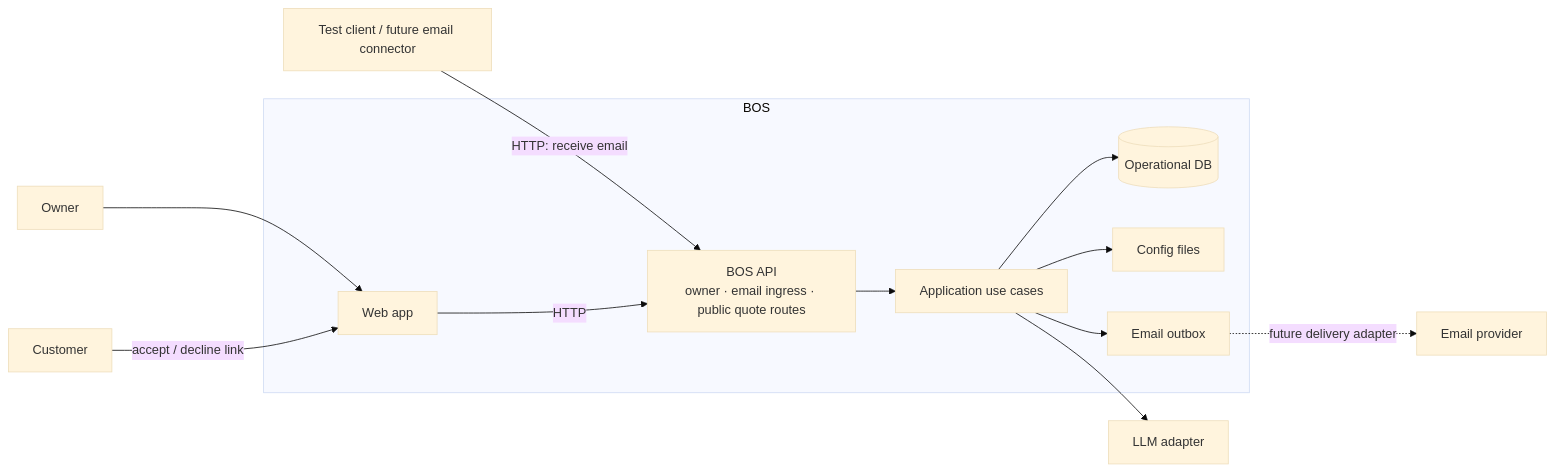
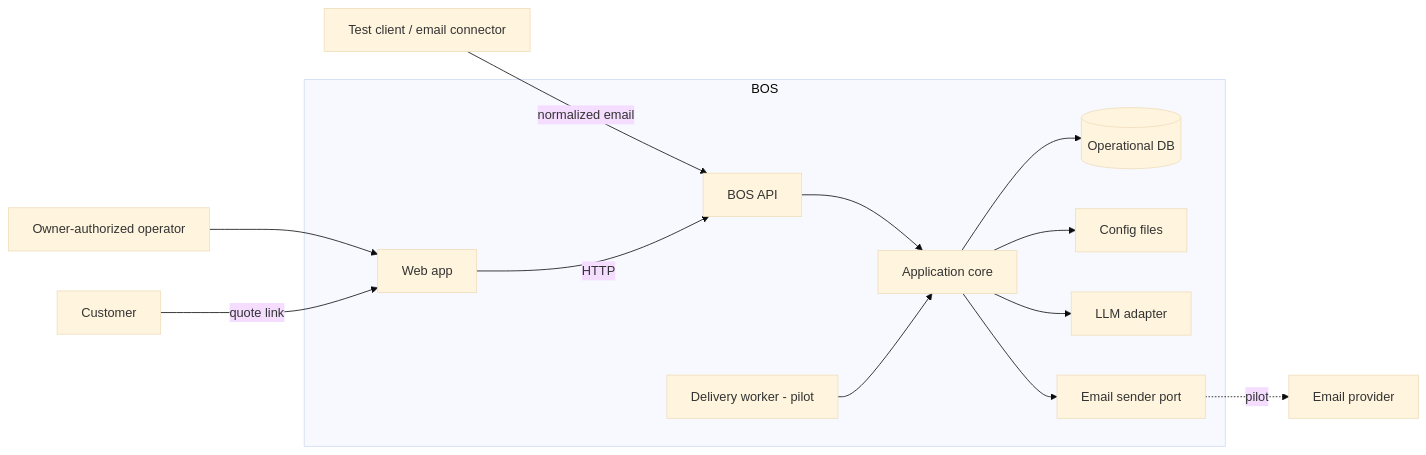
Before and after one commit to OwnStack-Digital/customer-desk: the first of 3 diagrams in docs/ARCHITECTURE.md, drawn with Mermaid (base theme). The commit also changed other lines of this file and 1 other file, not shown here.

Commit message:
docs: define implementation-ready BOS architecture

````diff
--- a/docs/ARCHITECTURE.md
+++ b/docs/ARCHITECTURE.md
@@ -23,17 +18,18 @@
 ```mermaid
 flowchart LR
-  Owner[Owner] --> Web
-  Customer[Customer] -->|accept / decline link| Web
-  Source[Test client / future email connector] -->|HTTP: receive email| API
+  Owner[Owner-authorized operator] --> Web
+  Customer[Customer] -->|quote link| Web
+  Source[Test client / email connector] -->|normalized email| API
 
   subgraph BOS
-    Web[Web app] -->|HTTP| API[BOS API<br/>owner · email ingress · public quote routes]
-    API --> Core[Application use cases]
+    Web[Web app] -->|HTTP| API[BOS API]
+    API --> Core[Application core]
+    Worker[Delivery worker - pilot] --> Core
     Core --> DB[(Operational DB)]
     Core --> Files[Config files]
-    Core --> Outbox[Email outbox]
+    Core --> LLM[LLM adapter]
+    Core --> Sender[Email sender port]
   end
 
-  Core --> LLM[LLM adapter]
-  Outbox -.->|future delivery adapter| Provider[Email provider]
+  Sender -.->|pilot| Provider[Email provider]
 ```
````
